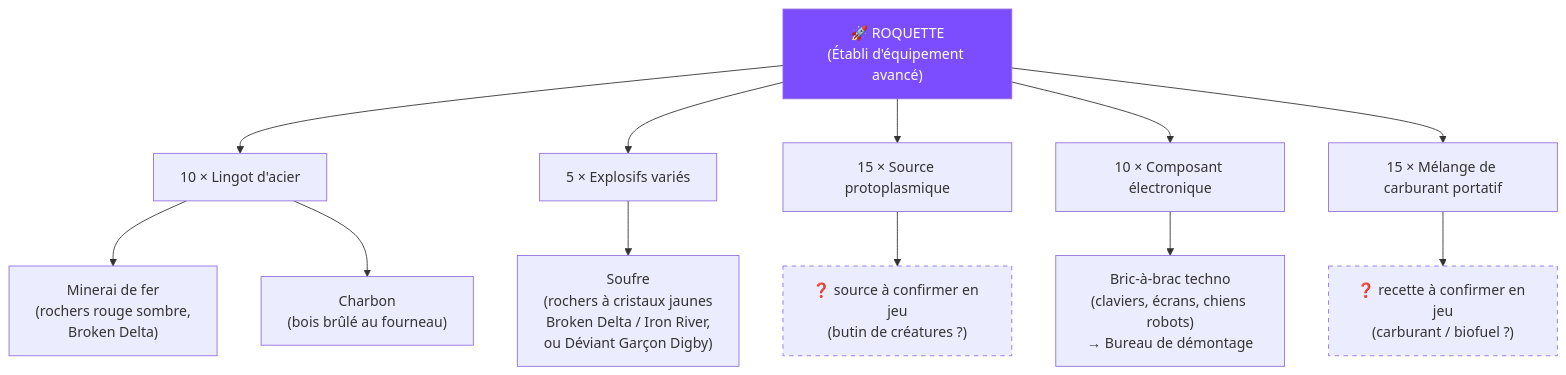
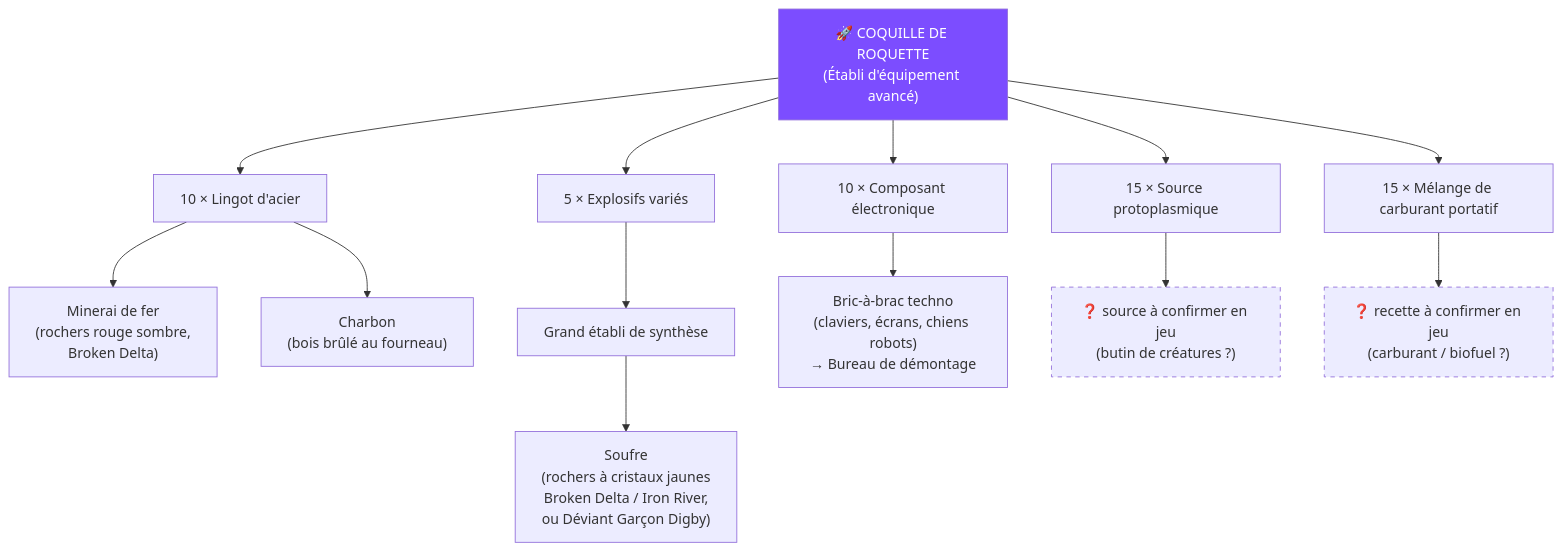
The diagram in docs/jeu/conquete-bastion.md (flav92/once-human-ps5-wiki), drawn with Mermaid before and after one commit. The commit also changed other lines of this file and 1 other file, not shown here.

Commit message:
Capture PS5 : Coquille de roquette, Explosifs variés au Grand établi de synthèse, 5 noms confirmés
D'après capture d'écran en jeu : nom exact des munitions (Coquille de
roquette, modifiable dans le sac à dos), les Explosifs variés se
fabriquent au Grand établi de synthèse (ou Établi de fournitures
avancé en Mode Zone de Raid). Arbre de production et glossaire à jour.

Claude-Session: https://claude.ai/code/session_01TCxfqbazixhXZqmCd3gYVk

````diff
--- a/docs/jeu/conquete-bastion.md
+++ b/docs/jeu/conquete-bastion.md
@@ -100,24 +100,25 @@
 ```mermaid
 flowchart TD
-    R["🚀 ROQUETTE<br/>(Établi d'équipement avancé)"]
+    R["🚀 COQUILLE DE ROQUETTE<br/>(Établi d'équipement avancé)"]
 
     R --> A["10 × Lingot d'acier"]
     R --> E["5 × Explosifs variés"]
     R --> P["15 × Source protoplasmique"]
     R --> C["10 × Composant électronique"]
     R --> F["15 × Mélange de carburant portatif"]
 
     A --> A1["Minerai de fer<br/>(rochers rouge sombre,<br/>Broken Delta)"]
     A --> A2["Charbon<br/>(bois brûlé au fourneau)"]
 
-    E --> E1["Soufre<br/>(rochers à cristaux jaunes<br/>Broken Delta / Iron River,<br/>ou Déviant Garçon Digby)"]
+    E --> E0["Grand établi de synthèse"]
+    E0 --> E1["Soufre<br/>(rochers à cristaux jaunes<br/>Broken Delta / Iron River,<br/>ou Déviant Garçon Digby)"]
 
     C --> C1["Bric-à-brac techno<br/>(claviers, écrans, chiens robots)<br/>→ Bureau de démontage"]
 
     P --> P1["❓ source à confirmer en jeu<br/>(butin de créatures ?)"]
     F --> F1["❓ recette à confirmer en jeu<br/>(carburant / biofuel ?)"]
 
     style R fill:#7c4dff,color:#fff
     style P1 stroke-dasharray: 5 5
     style F1 stroke-dasharray: 5 5
 ```
````
